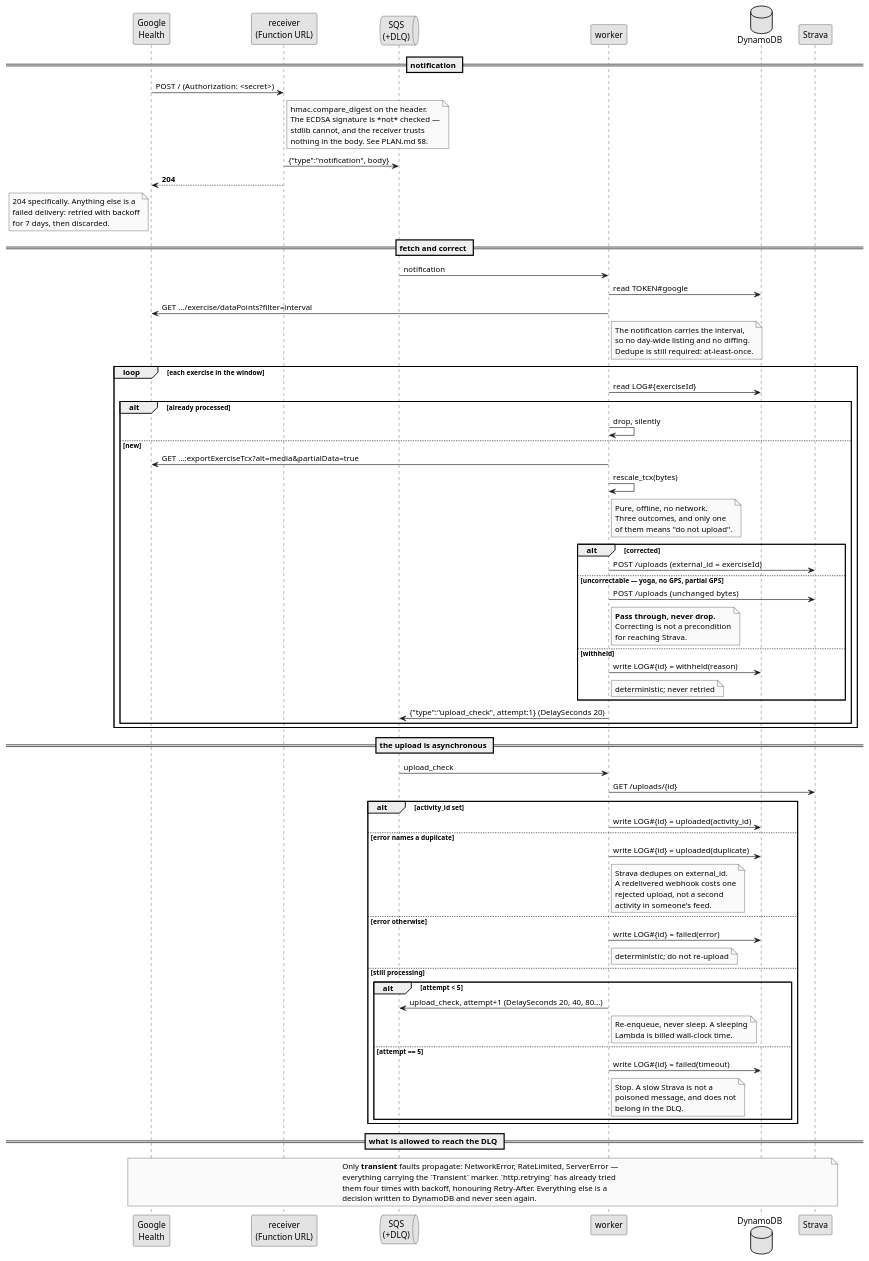
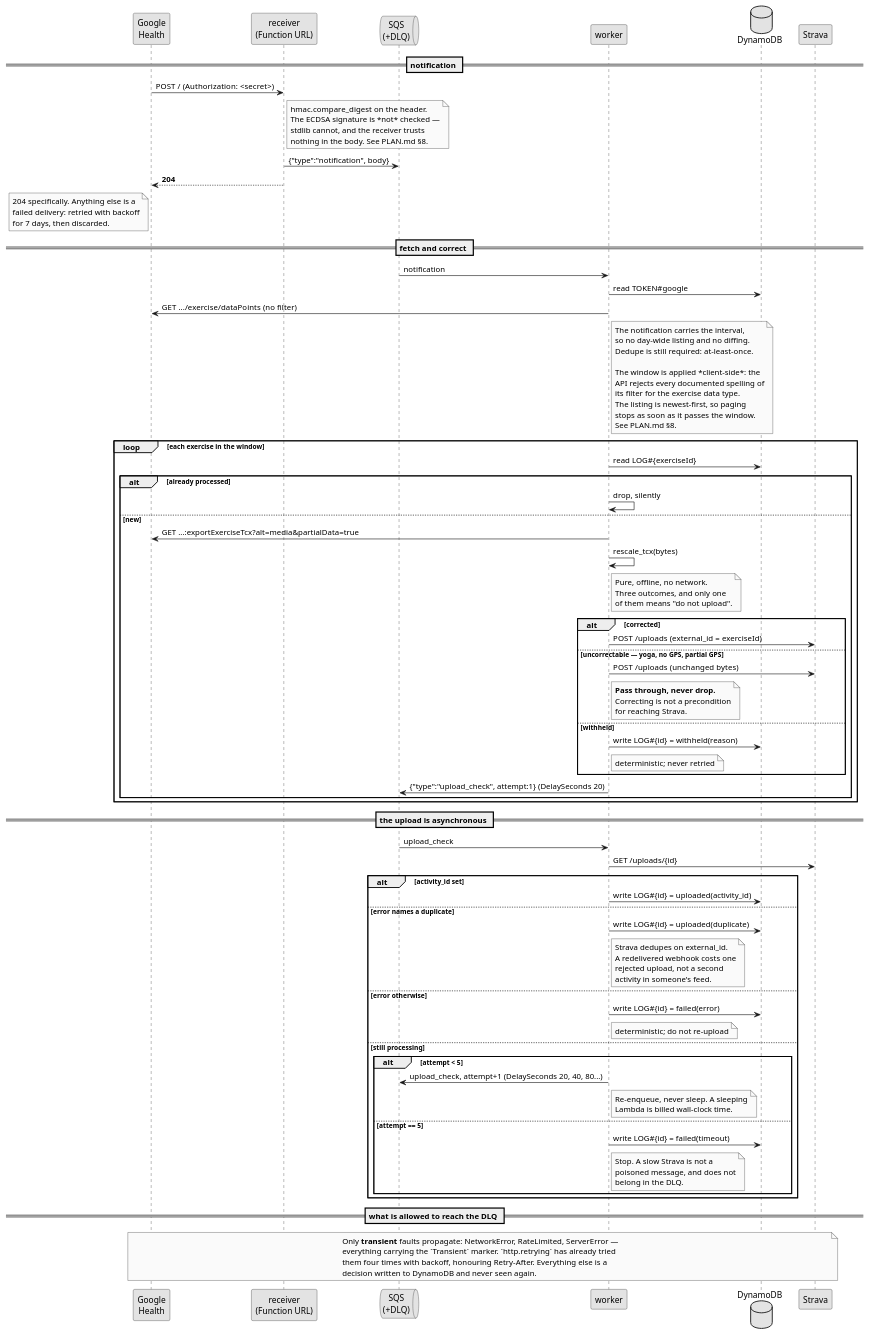
Before and after one commit to c10gdn-dev/reckon-tcx: the diagram in docs/diagrams/upload-lifecycle.puml, drawn with PlantUML. The commit also changed 4 other files, not shown here.

```diff
--- a/docs/diagrams/upload-lifecycle.puml
+++ b/docs/diagrams/upload-lifecycle.puml
@@ -1,124 +1,131 @@
 @startuml upload-lifecycle
 ' One notification, from webhook to Strava activity.
 '
 ' The question this diagram exists to answer: where does the flow retry, where
 ' does it stop, and where does it deliberately do nothing? Getting those three
 ' apart is what keeps the DLQ free of messages no retry could ever fix.
 '
 ' Rendered by `make diagrams` (phase 8). Do not hand-edit the SVG.
 
 skinparam monochrome true
 skinparam shadowing false
 skinparam defaultFontName Helvetica
 skinparam ParticipantPadding 12
 skinparam BoxPadding 12
 
 participant "Google\nHealth" as GH
 participant "receiver\n(Function URL)" as RX
 queue "SQS\n(+DLQ)" as Q
 participant "worker" as W
 database "DynamoDB" as DB
 participant "Strava" as ST
 
 == notification ==
 
 GH -> RX : POST /  (Authorization: <secret>)
 note right of RX
   hmac.compare_digest on the header.
   The ECDSA signature is *not* checked —
   stdlib cannot, and the receiver trusts
   nothing in the body. See PLAN.md §8.
 end note
 RX -> Q : {"type":"notification", body}
 RX --> GH : **204**
 note left of GH
   204 specifically. Anything else is a
   failed delivery: retried with backoff
   for 7 days, then discarded.
 end note
 
 == fetch and correct ==
 
 Q -> W : notification
 W -> DB : read TOKEN#google
-W -> GH : GET .../exercise/dataPoints?filter=interval
+W -> GH : GET .../exercise/dataPoints  (no filter)
 note right of W
   The notification carries the interval,
   so no day-wide listing and no diffing.
   Dedupe is still required: at-least-once.
+
+  The window is applied *client-side*: the
+  API rejects every documented spelling of
+  its filter for the exercise data type.
+  The listing is newest-first, so paging
+  stops as soon as it passes the window.
+  See PLAN.md §8.
 end note
 
 loop each exercise in the window
   W -> DB : read LOG#{exerciseId}
   alt already processed
     W -> W : drop, silently
   else new
     W -> GH : GET ...:exportExerciseTcx?alt=media&partialData=true
     W -> W : rescale_tcx(bytes)
     note right of W
       Pure, offline, no network.
       Three outcomes, and only one
       of them means "do not upload".
     end note
 
     alt corrected
       W -> ST : POST /uploads  (external_id = exerciseId)
     else uncorrectable — yoga, no GPS, partial GPS
       W -> ST : POST /uploads  (unchanged bytes)
       note right of W
         **Pass through, never drop.**
         Correcting is not a precondition
         for reaching Strava.
       end note
     else withheld
       W -> DB : write LOG#{id} = withheld(reason)
       note right of W : deterministic; never retried
     end
     W -> Q : {"type":"upload_check", attempt:1} (DelaySeconds 20)
   end
 end
 
 == the upload is asynchronous ==
 
 Q -> W : upload_check
 W -> ST : GET /uploads/{id}
 alt activity_id set
   W -> DB : write LOG#{id} = uploaded(activity_id)
 else error names a duplicate
   W -> DB : write LOG#{id} = uploaded(duplicate)
   note right of W
     Strava dedupes on external_id.
     A redelivered webhook costs one
     rejected upload, not a second
     activity in someone's feed.
   end note
 else error otherwise
   W -> DB : write LOG#{id} = failed(error)
   note right of W : deterministic; do not re-upload
 else still processing
   alt attempt < 5
     W -> Q : upload_check, attempt+1 (DelaySeconds 20, 40, 80...)
     note right of W
       Re-enqueue, never sleep. A sleeping
       Lambda is billed wall-clock time.
     end note
   else attempt == 5
     W -> DB : write LOG#{id} = failed(timeout)
     note right of W
       Stop. A slow Strava is not a
       poisoned message, and does not
       belong in the DLQ.
     end note
   end
 end
 
 == what is allowed to reach the DLQ ==
 
 note across
   Only **transient** faults propagate: NetworkError, RateLimited, ServerError —
   everything carrying the `Transient` marker. `http.retrying` has already tried
   them four times with backoff, honouring Retry-After. Everything else is a
   decision written to DynamoDB and never seen again.
 end note
 
 @enduml
```
